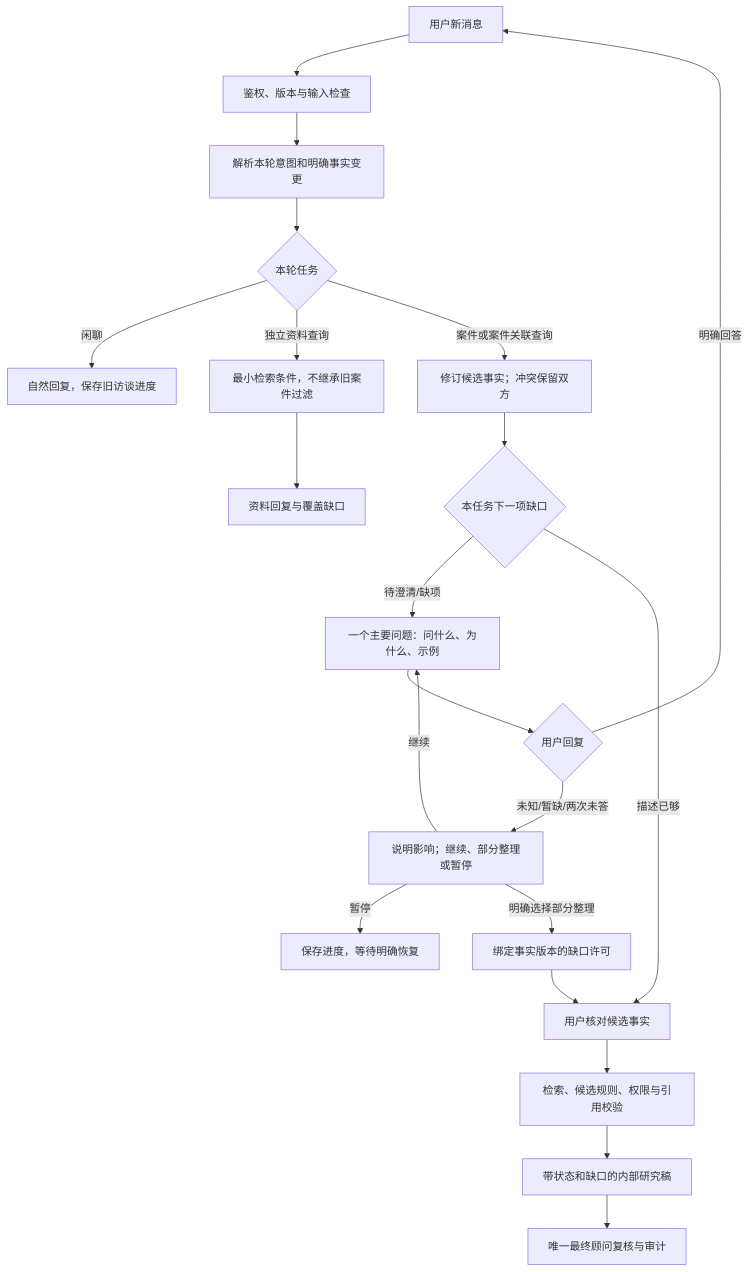
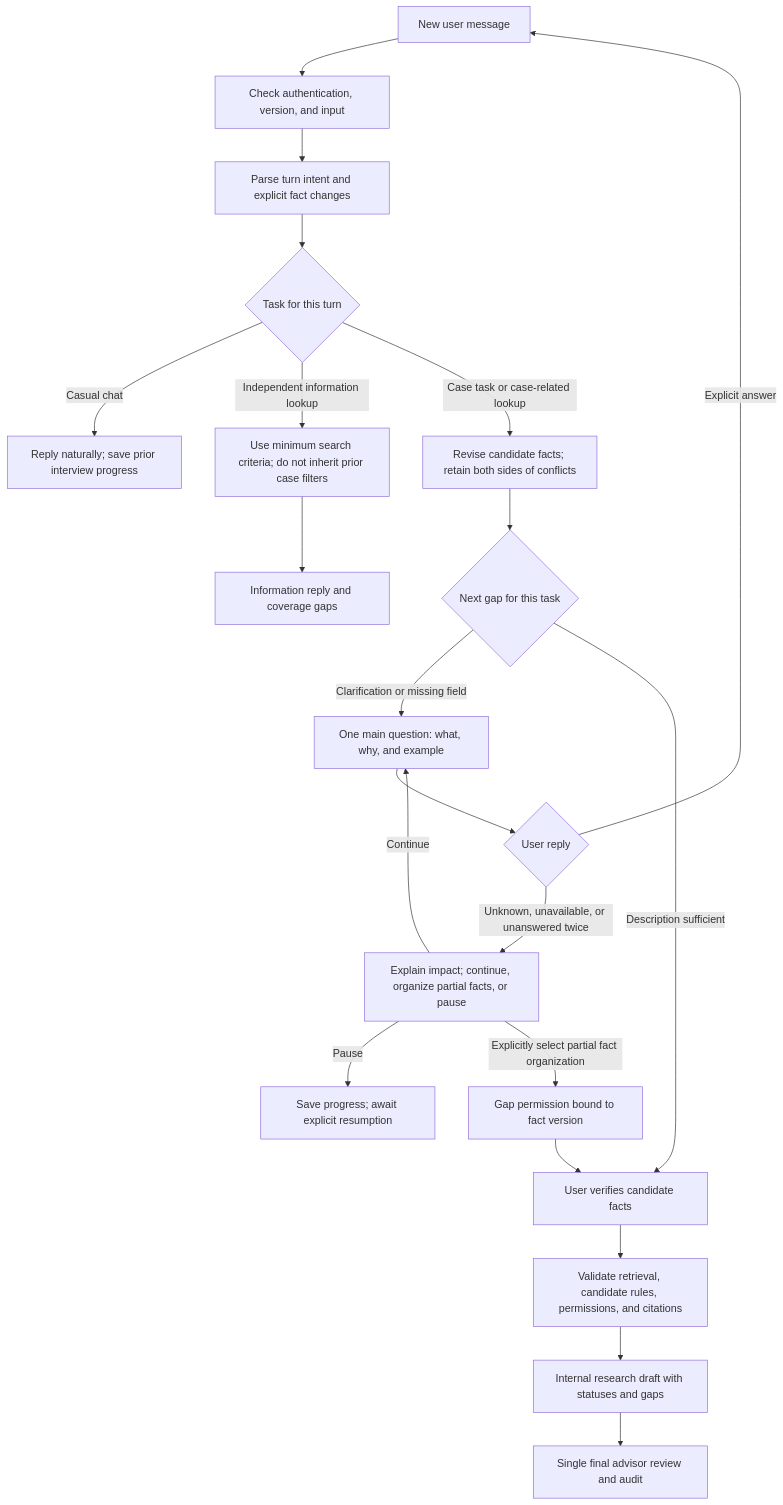
One commit to 1726621062qqcom-ctrl/Asia-Tax-AI-Agent changed the fifth of 5 diagrams in docs/architecture/AGENT_BUSINESS_WORKFLOW_V0_1.md. Above: the diagram before and after it, drawn with Mermaid. The commit also changed other lines of this file and 59 other files, not shown here.

````diff
--- a/docs/architecture/AGENT_BUSINESS_WORKFLOW_V0_1.md
+++ b/docs/architecture/AGENT_BUSINESS_WORKFLOW_V0_1.md
@@ -351,23 +389,23 @@
 ```mermaid
 flowchart TD
-  A[用户新消息] --> B[鉴权、版本与输入检查]
-  B --> C[解析本轮意图和明确事实变更]
-  C --> D{本轮任务}
-  D -->|闲聊| E[自然回复，保存旧访谈进度]
-  D -->|独立资料查询| F[最小检索条件，不继承旧案件过滤]
-  D -->|案件或案件关联查询| G[修订候选事实；冲突保留双方]
-  G --> H{本任务下一项缺口}
-  H -->|待澄清/缺项| I[一个主要问题：问什么、为什么、示例]
-  I --> J{用户回复}
-  J -->|明确回答| A
-  J -->|未知/暂缺/两次未答| K[说明影响；继续、部分整理或暂停]
-  K -->|继续| I
-  K -->|暂停| L[保存进度，等待明确恢复]
-  K -->|明确选择部分整理| M[绑定事实版本的缺口许可]
-  H -->|描述已够| N[用户核对候选事实]
+  A["New user message"] --> B["Check authentication, version, and input"]
+  B --> C["Parse turn intent and explicit fact changes"]
+  C --> D{"Task for this turn"}
+  D -->|Casual chat| E["Reply naturally; save prior interview progress"]
+  D -->|Independent information lookup| F["Use minimum search criteria; do not inherit prior case filters"]
+  D -->|Case task or case-related lookup| G["Revise candidate facts; retain both sides of conflicts"]
+  G --> H{"Next gap for this task"}
+  H -->|Clarification or missing field| I["One main question: what, why, and example"]
+  I --> J{"User reply"}
+  J -->|Explicit answer| A
+  J -->|Unknown, unavailable, or unanswered twice| K["Explain impact; continue, organize partial facts, or pause"]
+  K -->|Continue| I
+  K -->|Pause| L["Save progress; await explicit resumption"]
+  K -->|Explicitly select partial fact organization| M["Gap permission bound to fact version"]
+  H -->|Description sufficient| N["User verifies candidate facts"]
   M --> N
-  N --> O[检索、候选规则、权限与引用校验]
-  F --> P[资料回复与覆盖缺口]
-  O --> Q[带状态和缺口的内部研究稿]
-  Q --> R[唯一最终顾问复核与审计]
+  N --> O["Validate retrieval, candidate rules, permissions, and citations"]
+  F --> P["Information reply and coverage gaps"]
+  O --> Q["Internal research draft with statuses and gaps"]
+  Q --> R["Single final advisor review and audit"]
 ```
````
